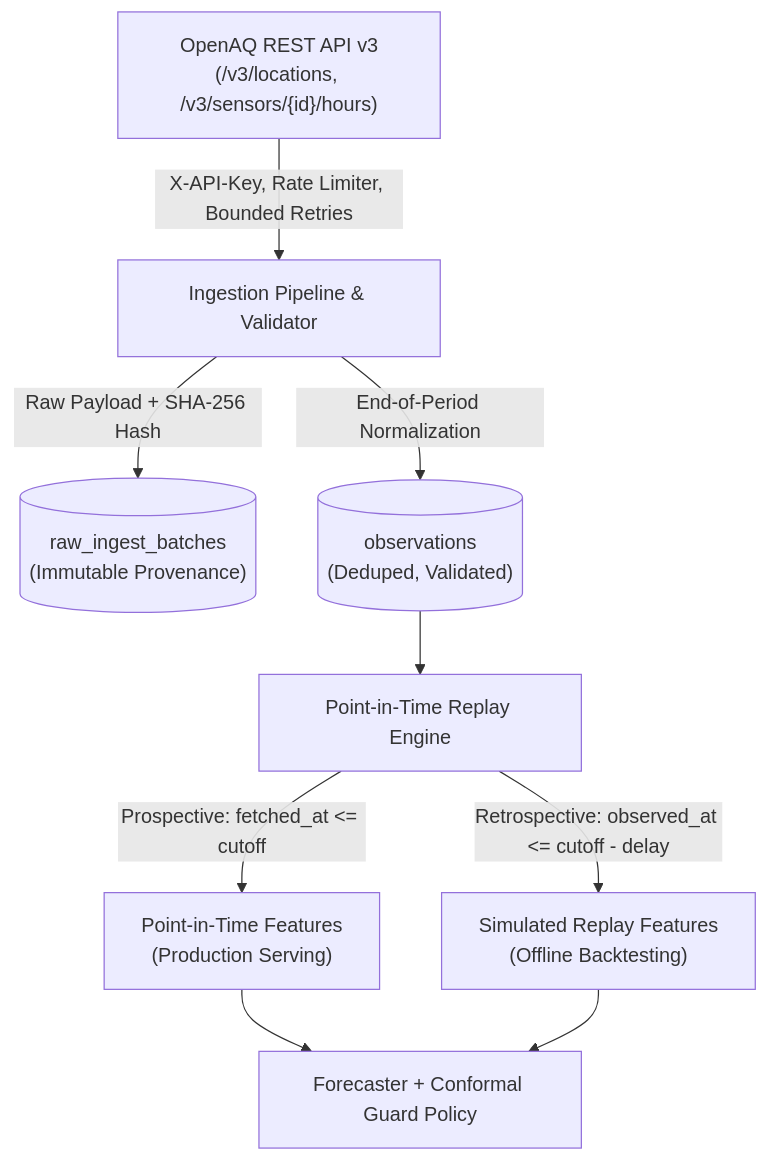
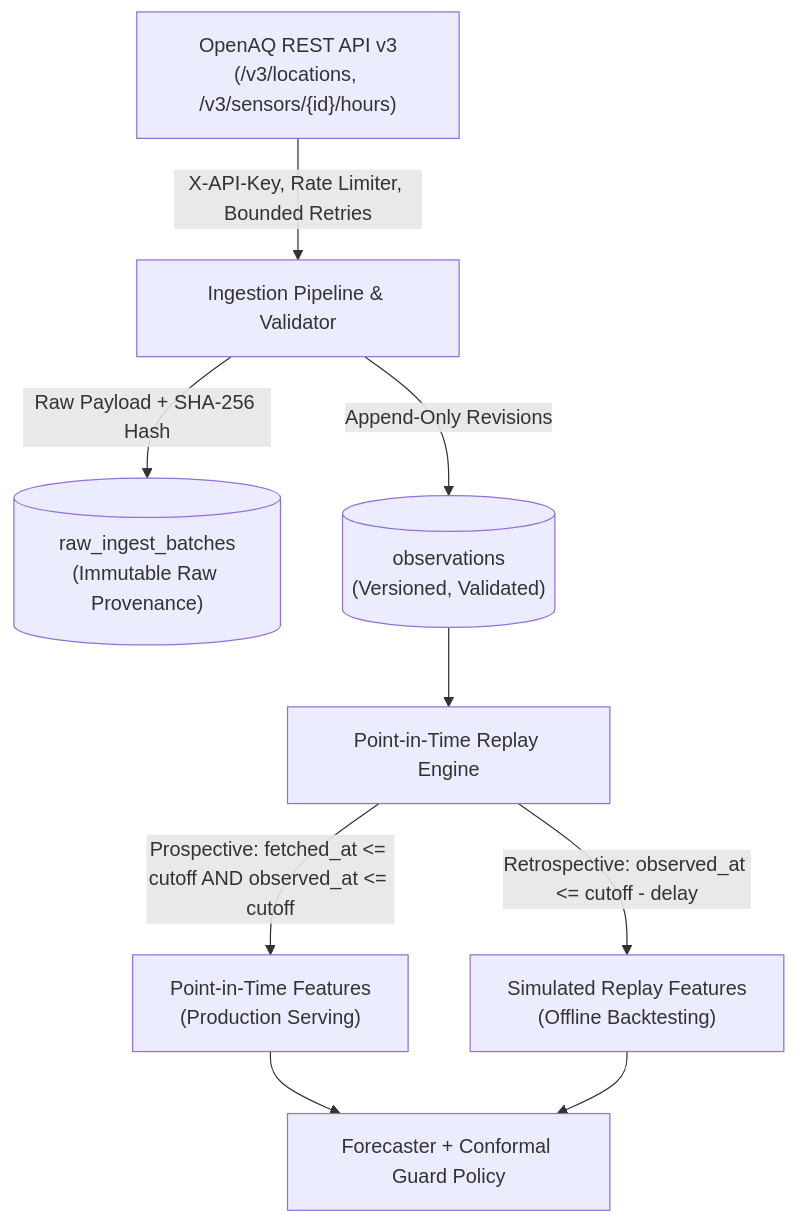
One commit to Dinesh0401/SensorGuard-AI changed the diagram in docs/ARCHITECTURE.md. Above: the diagram before and after it, drawn with Mermaid. The commit also changed other lines of this file and 9 other files, not shown here.

Commit message:
feat(ingest): harden research integrity with version-aware revisions, exact provenance, and timeline reindexing

````diff
--- a/docs/ARCHITECTURE.md
+++ b/docs/ARCHITECTURE.md
@@ -7,11 +7,11 @@
 ```mermaid
 flowchart TD
     OpenAQ["OpenAQ REST API v3\n(/v3/locations, /v3/sensors/{id}/hours)"] -->|X-API-Key, Rate Limiter, Bounded Retries| IngestWorker["Ingestion Pipeline & Validator"]
-    IngestWorker -->|Raw Payload + SHA-256 Hash| RawBatches[("raw_ingest_batches\n(Immutable Provenance)")]
-    IngestWorker -->|End-of-Period Normalization| ObsDB[("observations\n(Deduped, Validated)")]
+    IngestWorker -->|Raw Payload + SHA-256 Hash| RawBatches[("raw_ingest_batches\n(Immutable Raw Provenance)")]
+    IngestWorker -->|Append-Only Revisions| ObsDB[("observations\n(Versioned, Validated)")]
     ObsDB --> ReplayEngine["Point-in-Time Replay Engine"]
-    ReplayEngine -->|Prospective: fetched_at <= cutoff| FeaturesProd["Point-in-Time Features\n(Production Serving)"]
+    ReplayEngine -->|Prospective: fetched_at <= cutoff AND observed_at <= cutoff| FeaturesProd["Point-in-Time Features\n(Production Serving)"]
     ReplayEngine -->|Retrospective: observed_at <= cutoff - delay| FeaturesResearch["Simulated Replay Features\n(Offline Backtesting)"]
     FeaturesProd --> Model["Forecaster + Conformal Guard Policy"]
     FeaturesResearch --> Model
 ```
````
